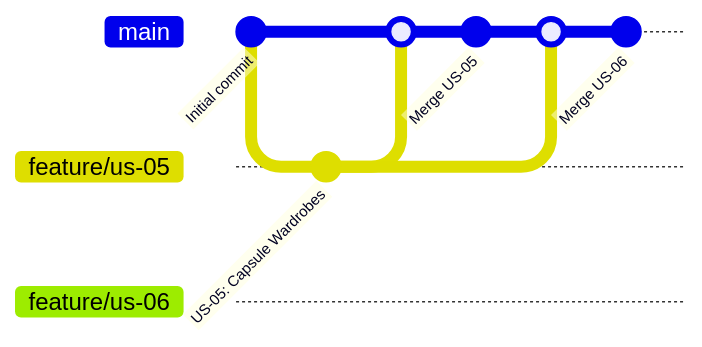
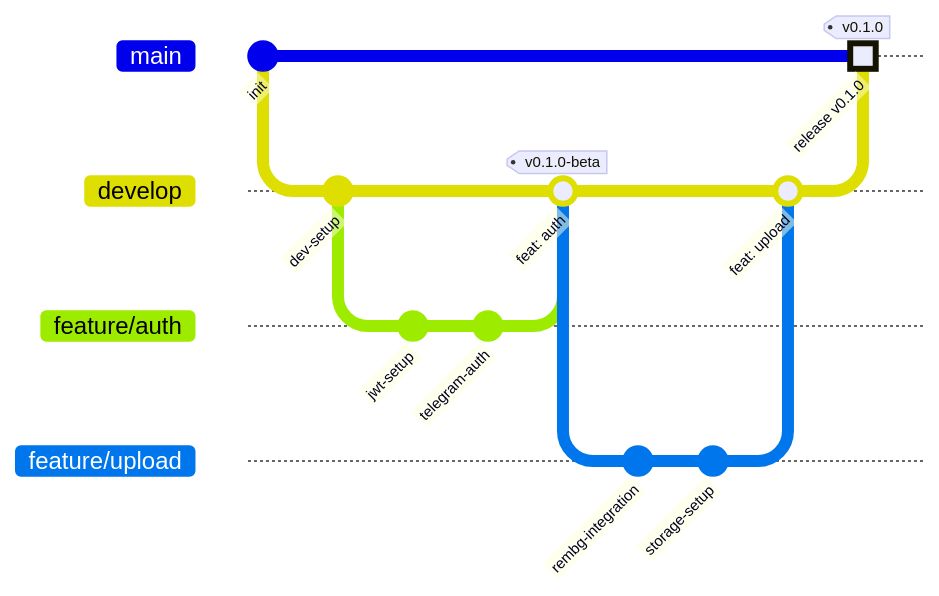
Before and after one commit to veronika1977/digital_wardrobe_team_44: the first of 2 diagrams in docs/development-process.md, drawn with Mermaid. The commit also changed other lines of this file, not shown here.

````diff
--- a/docs/development-process.md
+++ b/docs/development-process.md
@@ -7,13 +21,21 @@
 ```mermaid
 gitGraph
-    commit id: "Initial commit"
-    branch feature/us-05
-    commit id: "US-05: Capsule Wardrobes"
-    branch feature/us-06
-    checkout main
-    merge feature/us-05
-    commit id: "Merge US-05"
-    checkout main
-    merge feature/us-06
-    commit id: "Merge US-06"
+   commit id: "init"
+   branch develop
+   checkout develop
+   commit id: "dev-setup"
+   branch feature/auth
+   checkout feature/auth
+   commit id: "jwt-setup"
+   commit id: "telegram-auth"
+   checkout develop
+   merge feature/auth id: "feat: auth" tag: "v0.1.0-beta"
+   branch feature/upload
+   checkout feature/upload
+   commit id: "rembg-integration"
+   commit id: "storage-setup"
+   checkout develop
+   merge feature/upload id: "feat: upload"
+   checkout main
+   merge develop id: "release v0.1.0" tag: "v0.1.0" type: HIGHLIGHT
 ```
````
